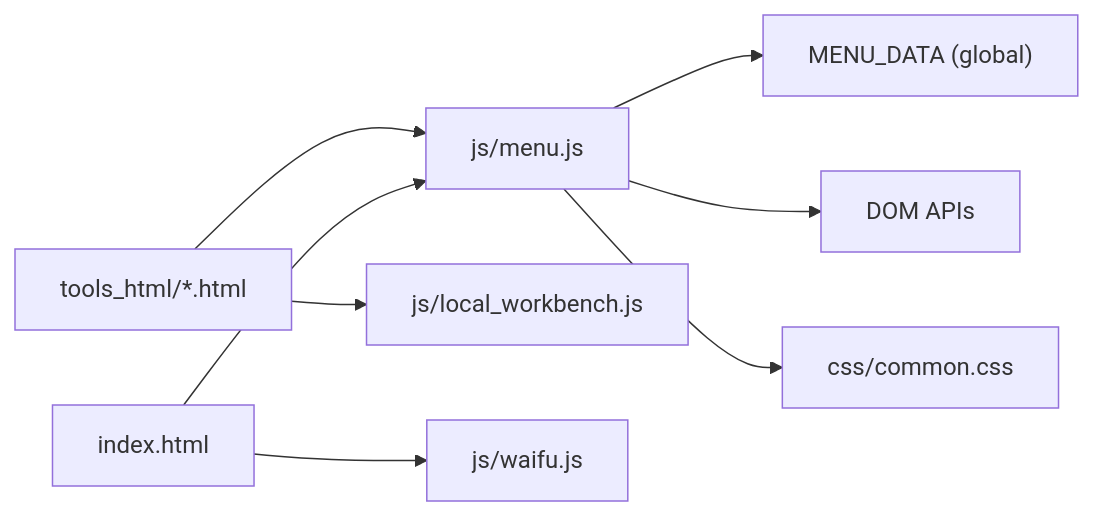
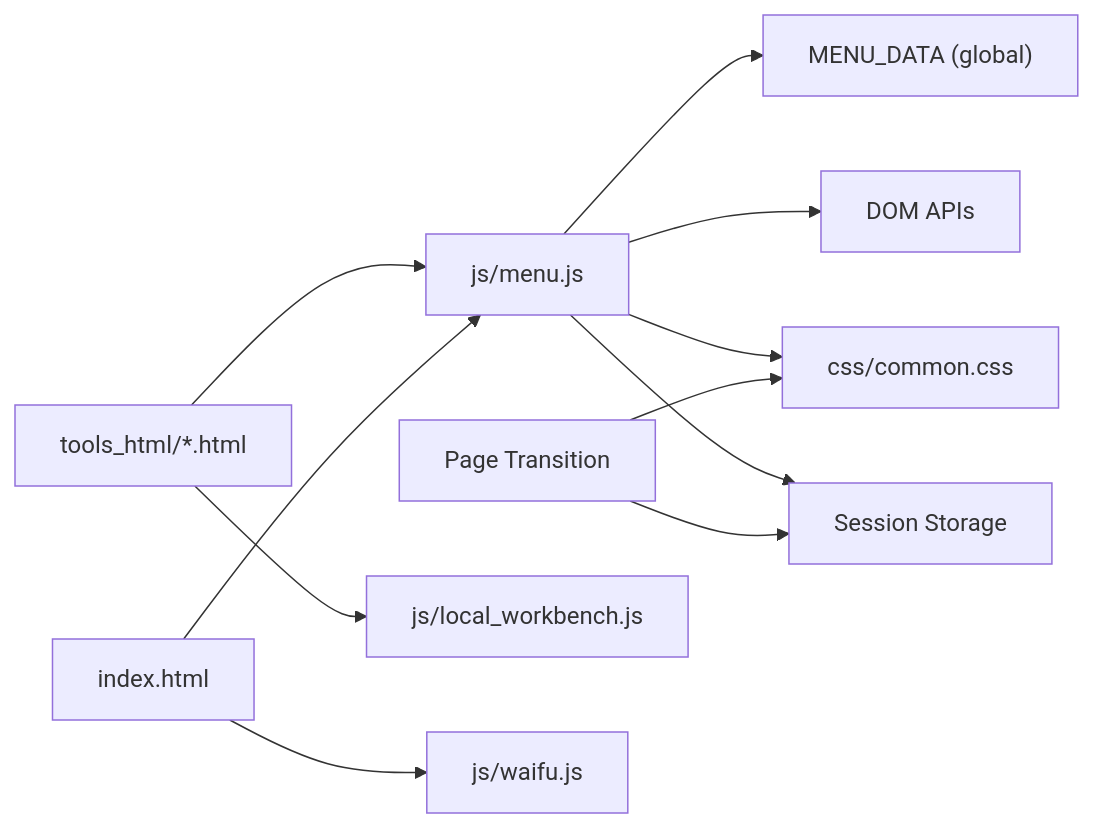
One commit to treasureGrove/TAWEBTOOL changed the fourth of 4 diagrams in .qoder/repowiki/en/content/Core Navigation System.md. Above: the diagram before and after it, drawn with Mermaid. The commit also changed other lines of this file and 31 other files, not shown here.

````diff
--- a/.qoder/repowiki/en/content/Core Navigation System.md
+++ b/.qoder/repowiki/en/content/Core Navigation System.md
@@ -290,10 +433,13 @@
 ```mermaid
 graph LR
 MJ["js/menu.js"] --> MD["MENU_DATA (global)"]
 MJ --> DOM["DOM APIs"]
 MJ --> CC["css/common.css"]
+MJ --> SS["Session Storage"]
+PT["Page Transition"] --> CC
+PT --> SS
 TH["tools_html/*.html"] --> MJ
 TH --> LWB["js/local_workbench.js"]
 IDX["index.html"] --> MJ
 IDX --> WJ["js/waifu.js"]
 ```
````
